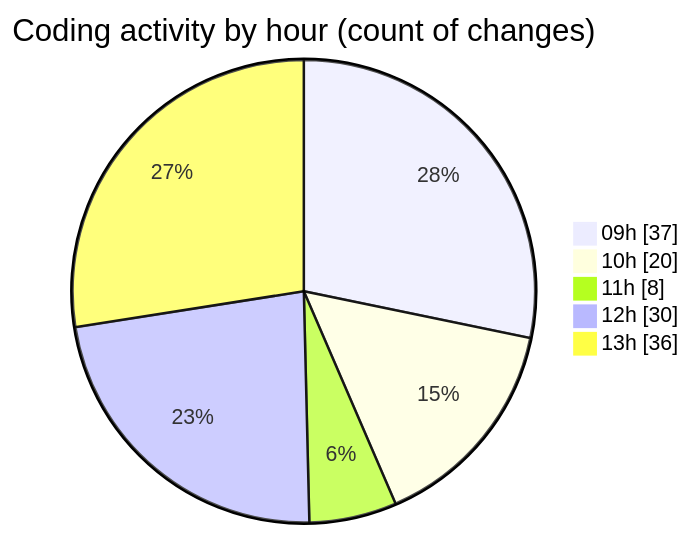
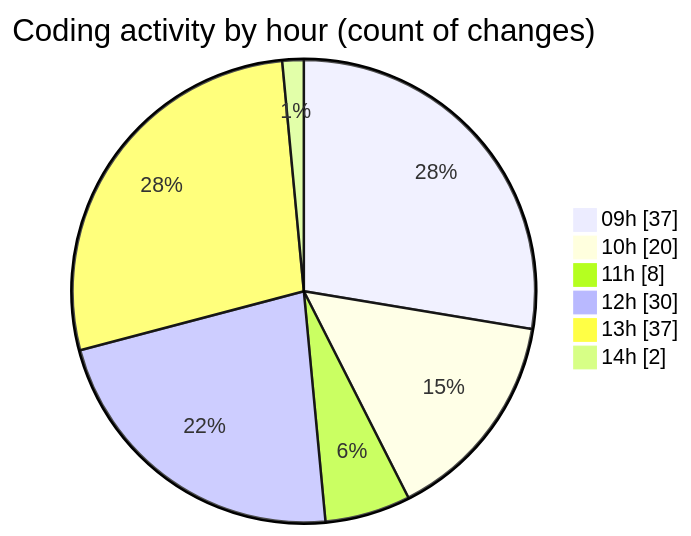
One commit to momahboobian/code-tracking changed the second of 2 diagrams in 2026-05-08/cda/README.md. Above: the diagram before and after it, drawn with Mermaid. The commit also changed other lines of this file and 1 other file, not shown here.

````diff
--- a/2026-05-08/cda/README.md
+++ b/2026-05-08/cda/README.md
@@ -51,9 +51,10 @@
 ```mermaid
 pie showData
 title Coding activity by hour (count of changes)
 "09h" : 37
 "10h" : 20
 "11h" : 8
 "12h" : 30
-"13h" : 36
+"13h" : 37
+"14h" : 2
 ```
````
